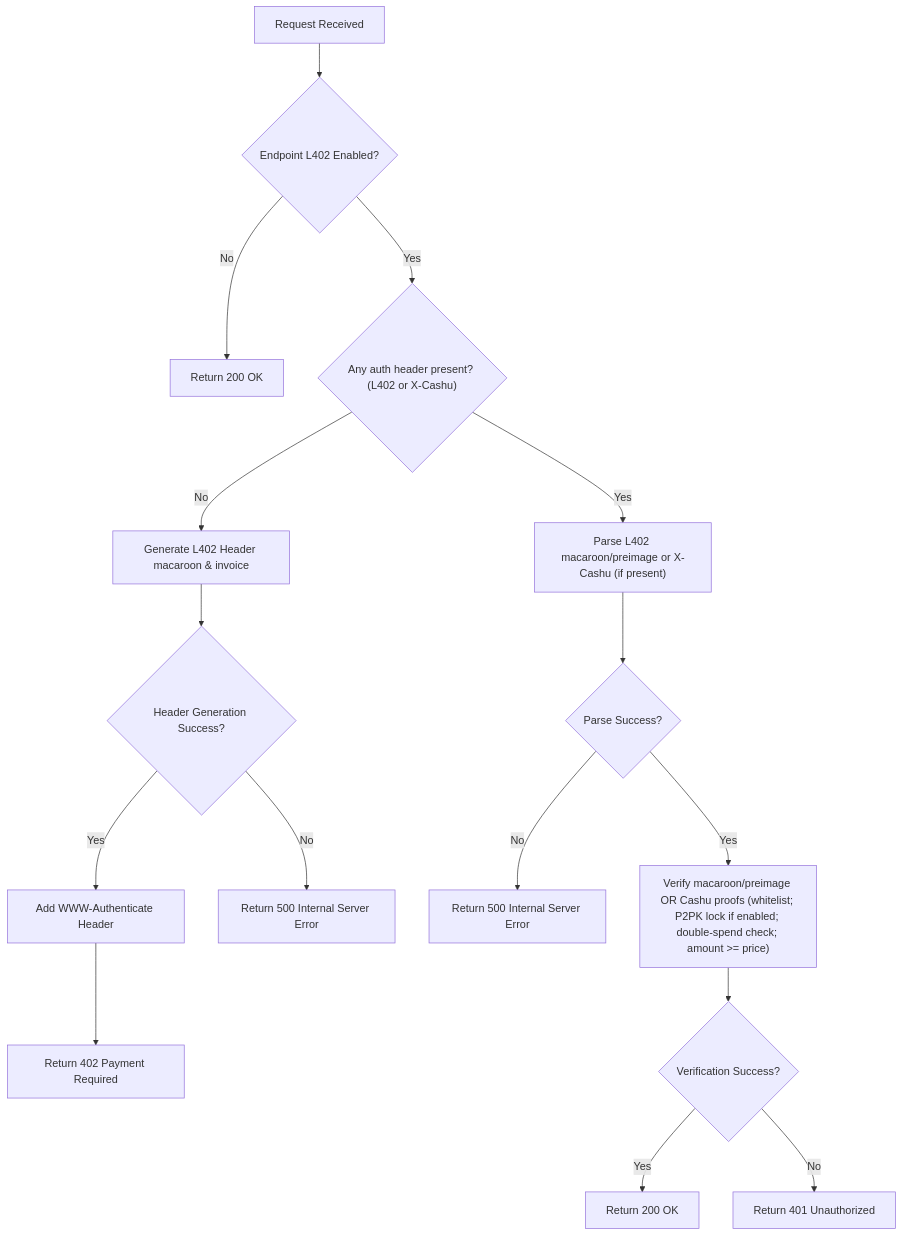
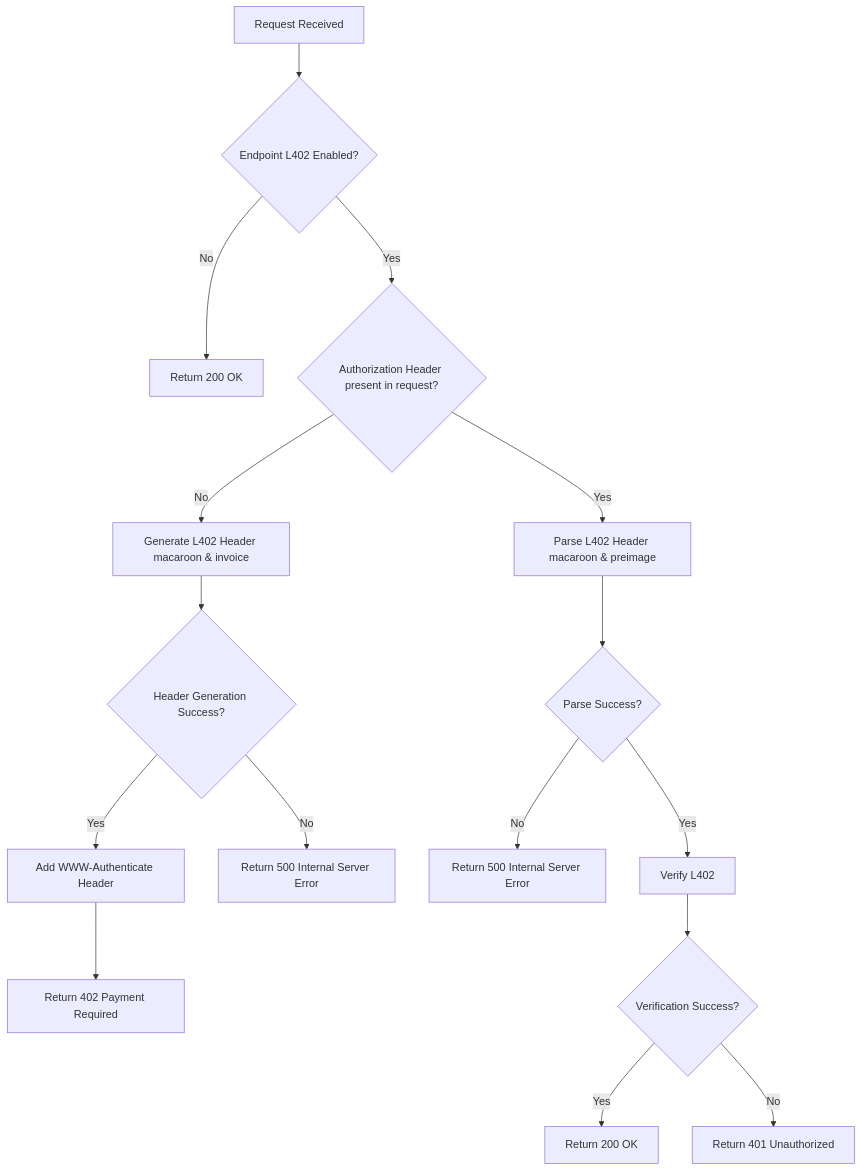
Before and after one commit to DhananjayPurohit/ngx_l402: the diagram in README.md, drawn with Mermaid. The commit also changed other lines of this file and 5 other files, not shown here.

````diff
--- a/README.md
+++ b/README.md
@@ -7,18 +7,18 @@
 ```mermaid
 graph TD;
     A[Request Received] --> B{Endpoint L402 Enabled?}
     B -->|No| C[Return 200 OK]
-    B -->|Yes| D{"Any auth header present? (L402 or X-Cashu)"}
+    B -->|Yes| D{Authorization Header present in request?}
     D -->|No| F[Generate L402 Header macaroon & invoice]
     F --> G{Header Generation Success?}
     G -->|Yes| H[Add WWW-Authenticate Header]
     G -->|No| I[Return 500 Internal Server Error]
     H --> J[Return 402 Payment Required]
-    D -->|Yes| K["Parse L402 macaroon/preimage or X-Cashu (if present)"]
-    K --> L{"Parse Success?"}
+    D -->|Yes| K[Parse L402 Header macaroon & preimage]
+    K --> L{Parse Success?}
     L -->|No| M[Return 500 Internal Server Error]
-    L -->|Yes| N["Verify macaroon/preimage OR Cashu proofs (whitelist; P2PK lock if enabled; double-spend check; amount >= price)"]
-    N --> O{"Verification Success?"}
+    L -->|Yes| N[Verify L402]
+    N --> O{Verification Success?}
     O -->|Yes| P[Return 200 OK]
     O -->|No| Q[Return 401 Unauthorized]
 ```
````
